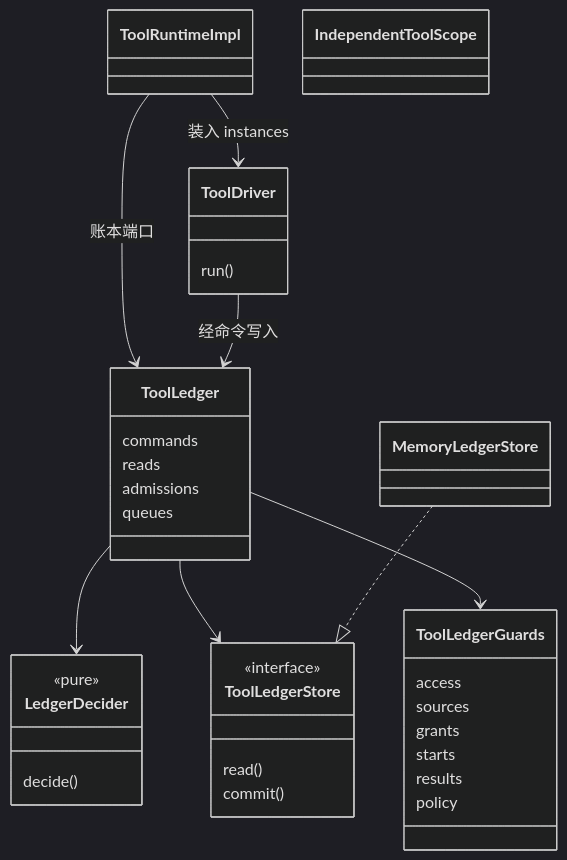
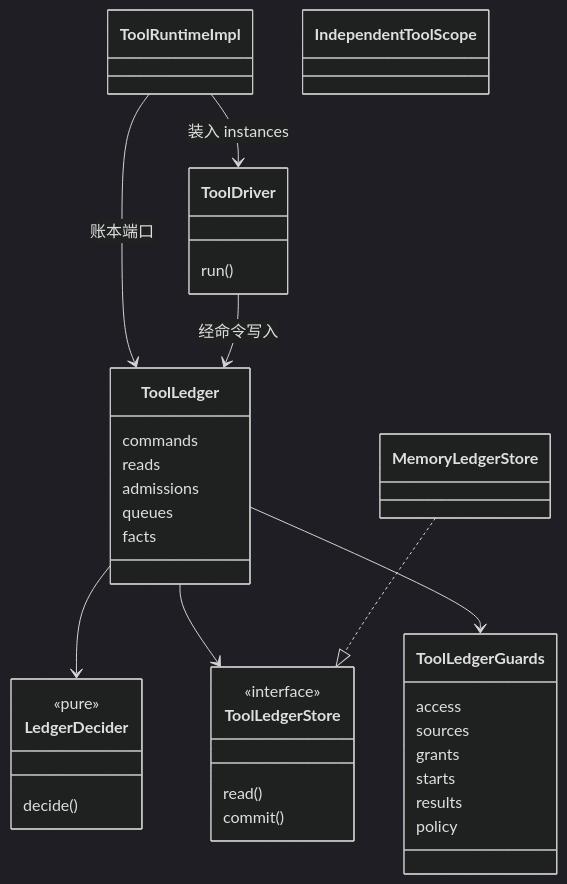
The first of 3 diagrams in packages/tool/tool/docs/object-model.md (nemori-ai/omne-harness-lite), drawn with Mermaid (dark theme) before and after one commit. The commit also changed other lines of this file and 22 other files, not shown here.

````diff
--- a/packages/tool/tool/docs/object-model.md
+++ b/packages/tool/tool/docs/object-model.md
@@ -70,39 +70,40 @@
 ```mermaid
 classDiagram
     class ToolLedger {
       commands
       reads
       admissions
       queues
+      facts
     }
     class LedgerDecider {
       <<pure>>
       decide()
     }
     class ToolLedgerStore {
       <<interface>>
       read()
       commit()
     }
     class ToolLedgerGuards {
       access
       sources
       grants
       starts
       results
       policy
     }
     class ToolRuntimeImpl
     class ToolDriver {
       run()
     }
     class MemoryLedgerStore
     class IndependentToolScope
     ToolLedger --> LedgerDecider
     ToolLedger --> ToolLedgerStore
     ToolLedger --> ToolLedgerGuards
     ToolRuntimeImpl --> ToolLedger : 账本端口
     ToolRuntimeImpl --> ToolDriver : 装入 instances
     ToolDriver --> ToolLedger : 经命令写入
     MemoryLedgerStore ..|> ToolLedgerStore
 ```
````
